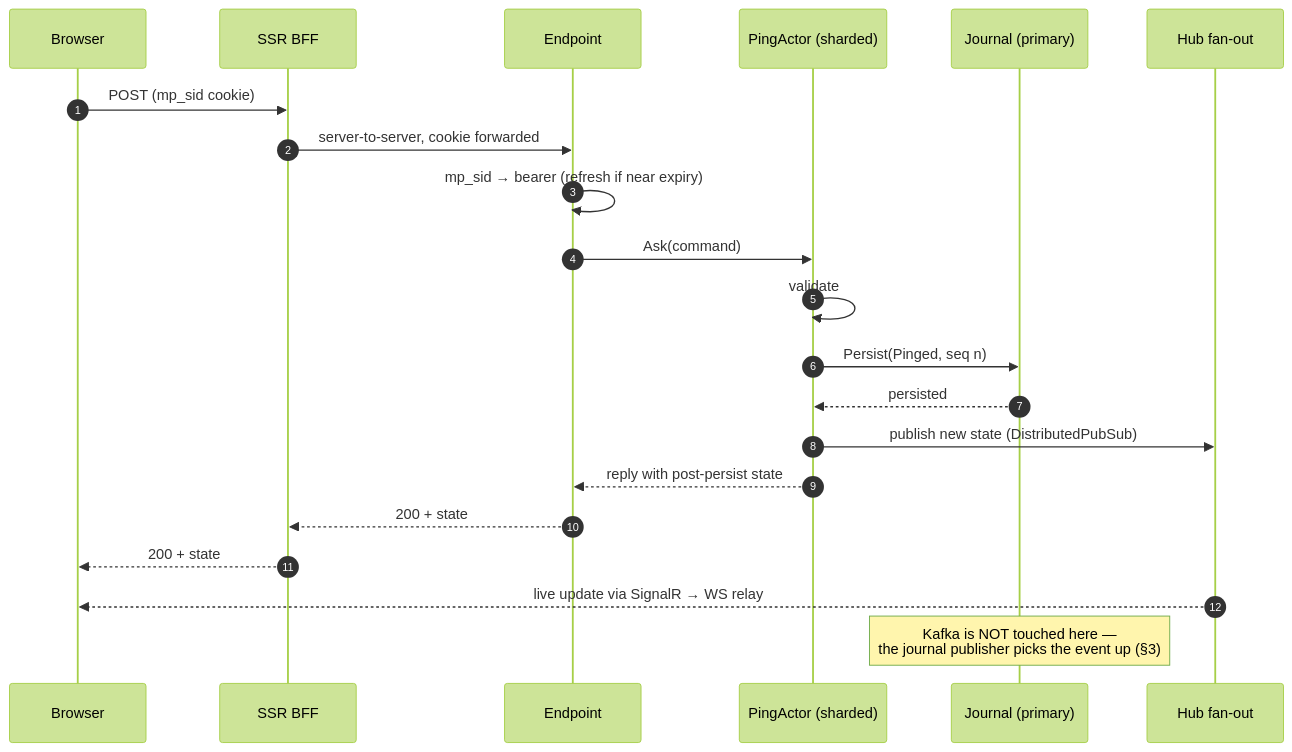
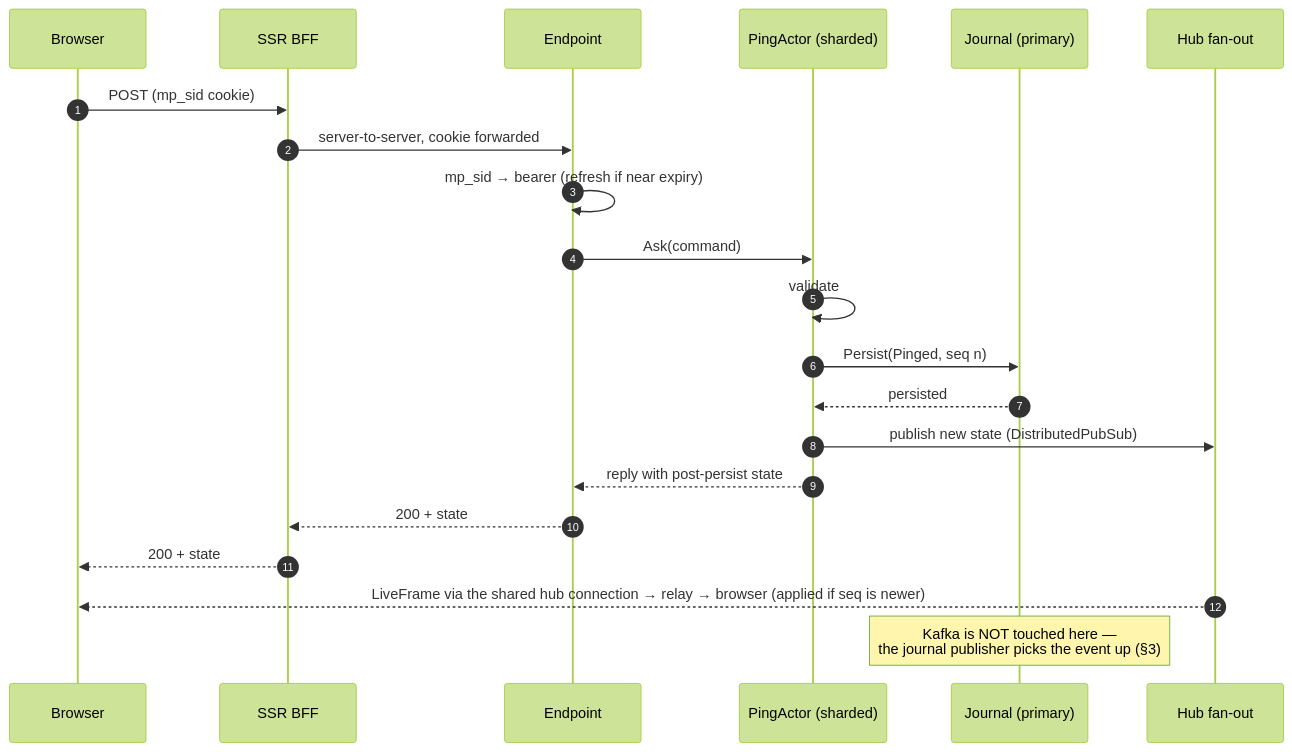
Before and after one commit to Aliendreamer/chess: the second of 7 diagrams in openspec/architecture.md, drawn with Mermaid (forest theme). The commit also changed other lines of this file and 4 other files, not shown here.

First line of the commit message:
docs(repo): shared live relay and audience in architecture and notes

````diff
--- a/openspec/architecture.md
+++ b/openspec/architecture.md
@@ -65,23 +67,23 @@
 ```mermaid
 sequenceDiagram
     autonumber
     participant B as Browser
     participant S as SSR BFF
     participant E as Endpoint
     participant A as PingActor (sharded)
     participant J as Journal (primary)
     participant H as Hub fan-out
     B->>S: POST (mp_sid cookie)
     S->>E: server-to-server, cookie forwarded
     E->>E: mp_sid → bearer (refresh if near expiry)
     E->>A: Ask(command)
     A->>A: validate
     A->>J: Persist(Pinged, seq n)
     J-->>A: persisted
     A->>H: publish new state (DistributedPubSub)
     A-->>E: reply with post-persist state
     E-->>S: 200 + state
     S-->>B: 200 + state
-    H-->>B: live update via SignalR → WS relay
+    H-->>B: LiveFrame via the shared hub connection → relay → browser (applied if seq is newer)
     Note over J: Kafka is NOT touched here —<br/>the journal publisher picks the event up (§3)
 ```
````
